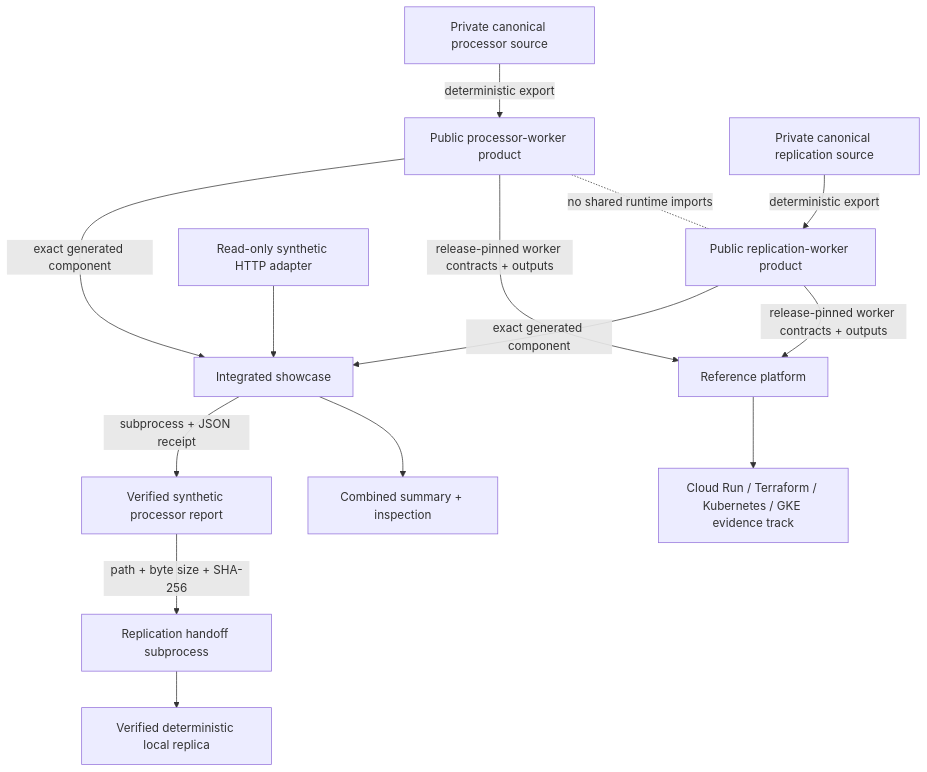
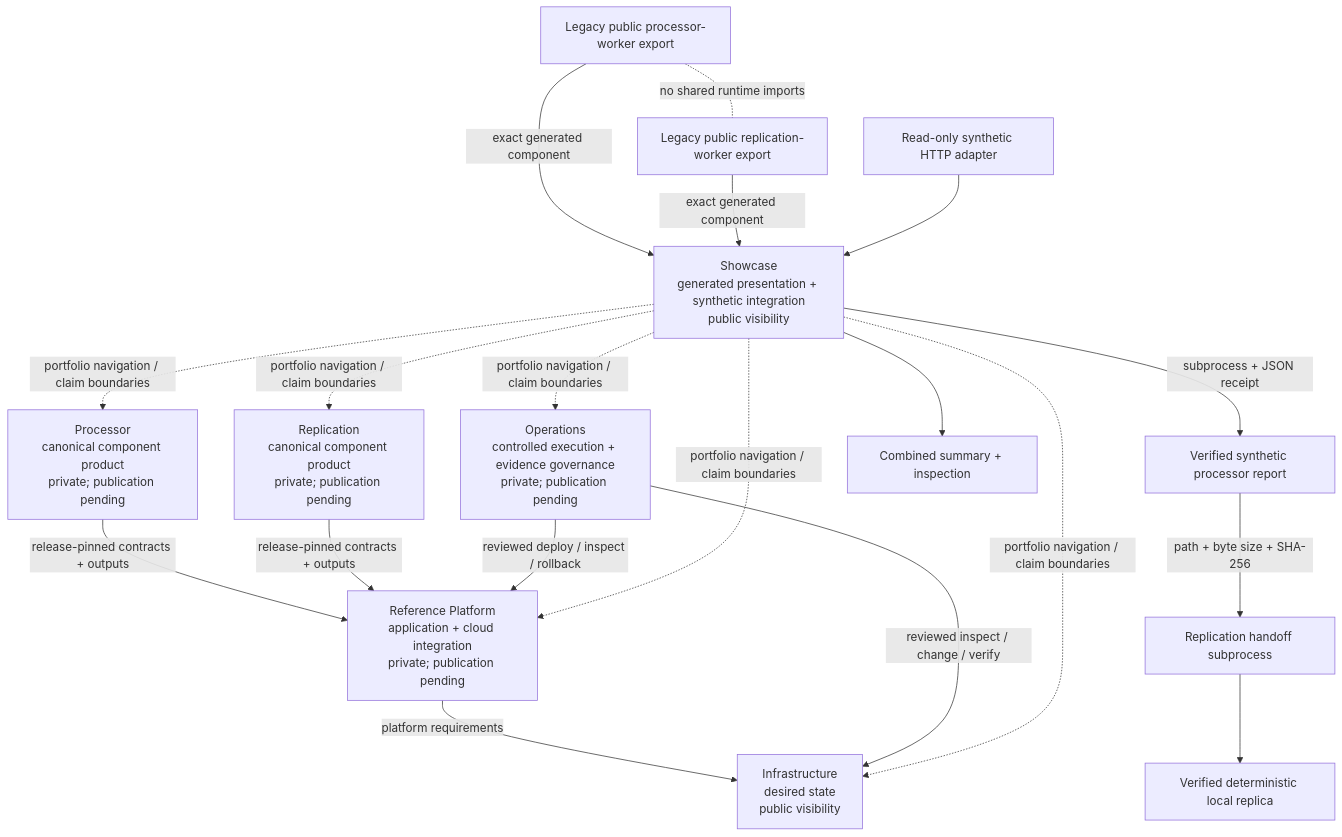
Before and after one commit to Seemorghdev/edge-evidence-showcase: the diagram in docs/ARCHITECTURE.md, drawn with Mermaid. The commit also changed other lines of this file and 5 other files, not shown here.

Commit message:
docs: reconcile canonical six-surface portfolio navigation

````diff
--- a/docs/ARCHITECTURE.md
+++ b/docs/ARCHITECTURE.md
@@ -7,20 +8,32 @@
 ```mermaid
 flowchart TB
-    PS[Private canonical processor source] -->|deterministic export| PP[Public processor-worker product]
-    RS[Private canonical replication source] -->|deterministic export| RP[Public replication-worker product]
+    P[Processor<br/>canonical component product<br/>private; publication pending]
+    R[Replication<br/>canonical component product<br/>private; publication pending]
+    REF[Reference Platform<br/>application + cloud integration<br/>private; publication pending]
+    INF[Infrastructure<br/>desired state<br/>public visibility]
+    OPS[Operations<br/>controlled execution + evidence governance<br/>private; publication pending]
+    S[Showcase<br/>generated presentation + synthetic integration<br/>public visibility]
 
-    PP -->|exact generated component| S[Integrated showcase]
-    RP -->|exact generated component| S
+    P -->|release-pinned contracts + outputs| REF
+    R -->|release-pinned contracts + outputs| REF
+    REF -->|platform requirements| INF
+    OPS -->|reviewed inspect / change / verify| INF
+    OPS -->|reviewed deploy / inspect / rollback| REF
+
+    LP[Legacy public processor-worker export] -->|exact generated component| S
+    LR[Legacy public replication-worker export] -->|exact generated component| S
+
+    S -. portfolio navigation / claim boundaries .-> P
+    S -. portfolio navigation / claim boundaries .-> R
+    S -. portfolio navigation / claim boundaries .-> REF
+    S -. portfolio navigation / claim boundaries .-> INF
+    S -. portfolio navigation / claim boundaries .-> OPS
 
     S -->|subprocess + JSON receipt| PO[Verified synthetic processor report]
     PO -->|path + byte size + SHA-256| RH[Replication handoff subprocess]
     RH --> RT[Verified deterministic local replica]
     S --> CS[Combined summary + inspection]
 
-    PP -->|release-pinned worker contracts + outputs| REF[Reference platform]
-    RP -->|release-pinned worker contracts + outputs| REF
-    REF --> CLOUD[Cloud Run / Terraform / Kubernetes / GKE evidence track]
-
     HTTP[Read-only synthetic HTTP adapter] --> S
-    PP -. no shared runtime imports .- RP
+    LP -. no shared runtime imports .- LR
 ```
````
